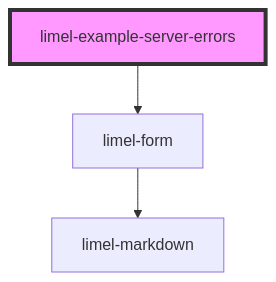
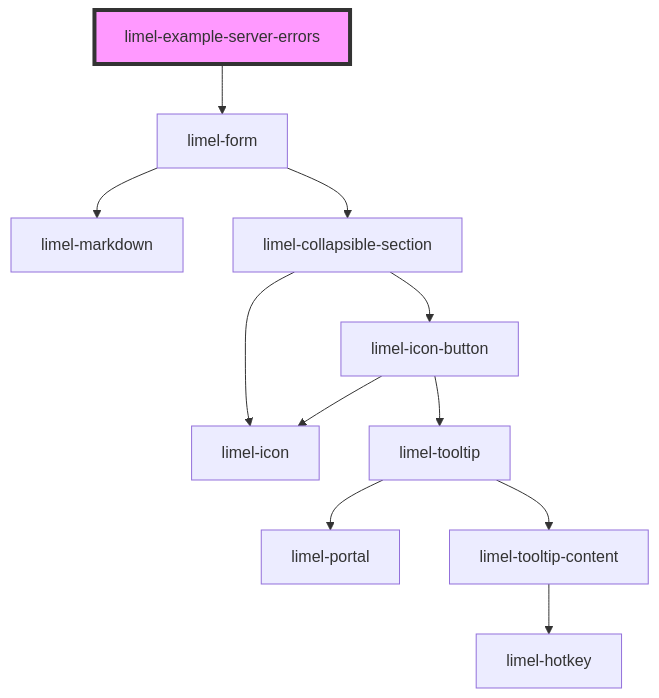
One commit to Lundalogik/lime-elements changed the diagram in versions/PR-4309/markdown-docs/components/form/examples/readme.md. Above: the diagram before and after it, drawn with Mermaid. The commit also changed 713 other files, not shown here.

````diff
--- a/versions/PR-4309/markdown-docs/components/form/examples/readme.md
+++ b/versions/PR-4309/markdown-docs/components/form/examples/readme.md
@@ -16,6 +16,14 @@
 ```mermaid
 graph TD;
   limel-example-server-errors --> limel-form
   limel-form --> limel-markdown
+  limel-form --> limel-collapsible-section
+  limel-collapsible-section --> limel-icon
+  limel-collapsible-section --> limel-icon-button
+  limel-icon-button --> limel-icon
+  limel-icon-button --> limel-tooltip
+  limel-tooltip --> limel-portal
+  limel-tooltip --> limel-tooltip-content
+  limel-tooltip-content --> limel-hotkey
   style limel-example-server-errors fill:#f9f,stroke:#333,stroke-width:4px
 ```
````
